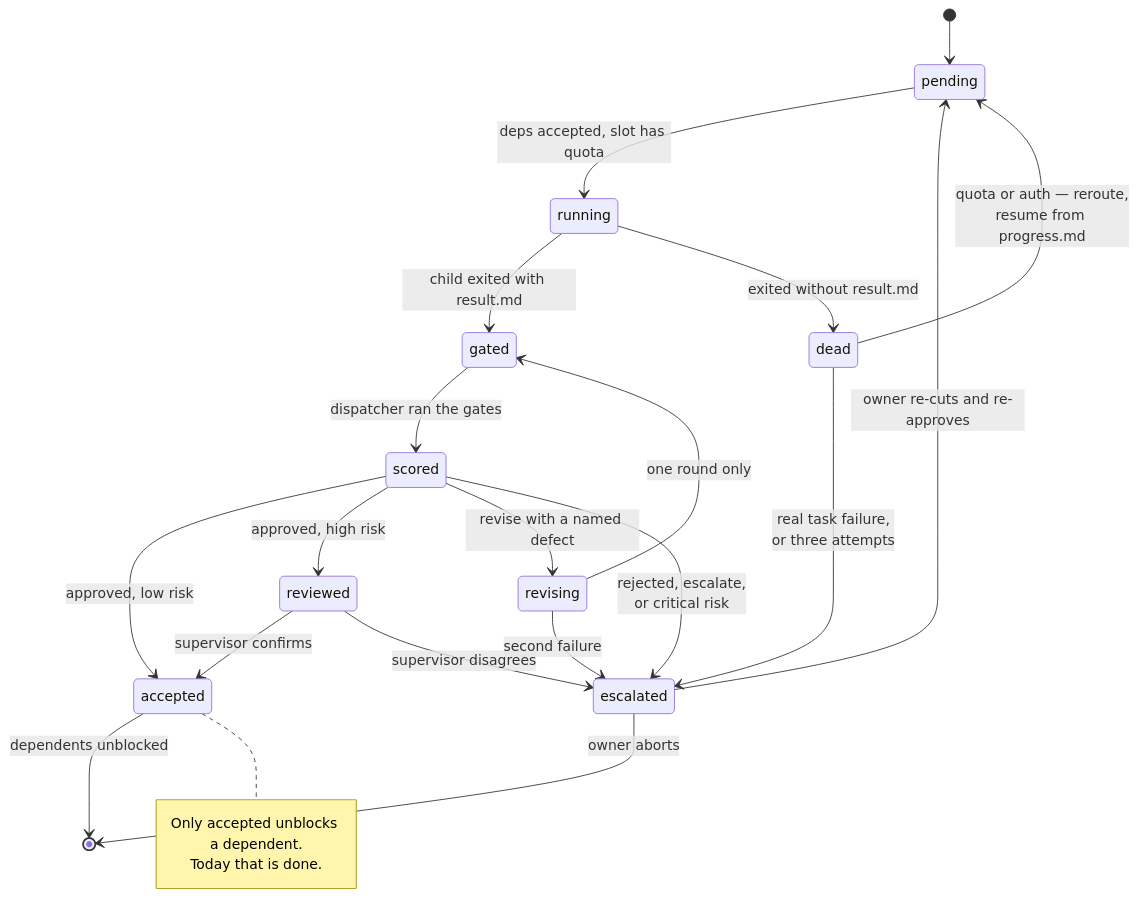
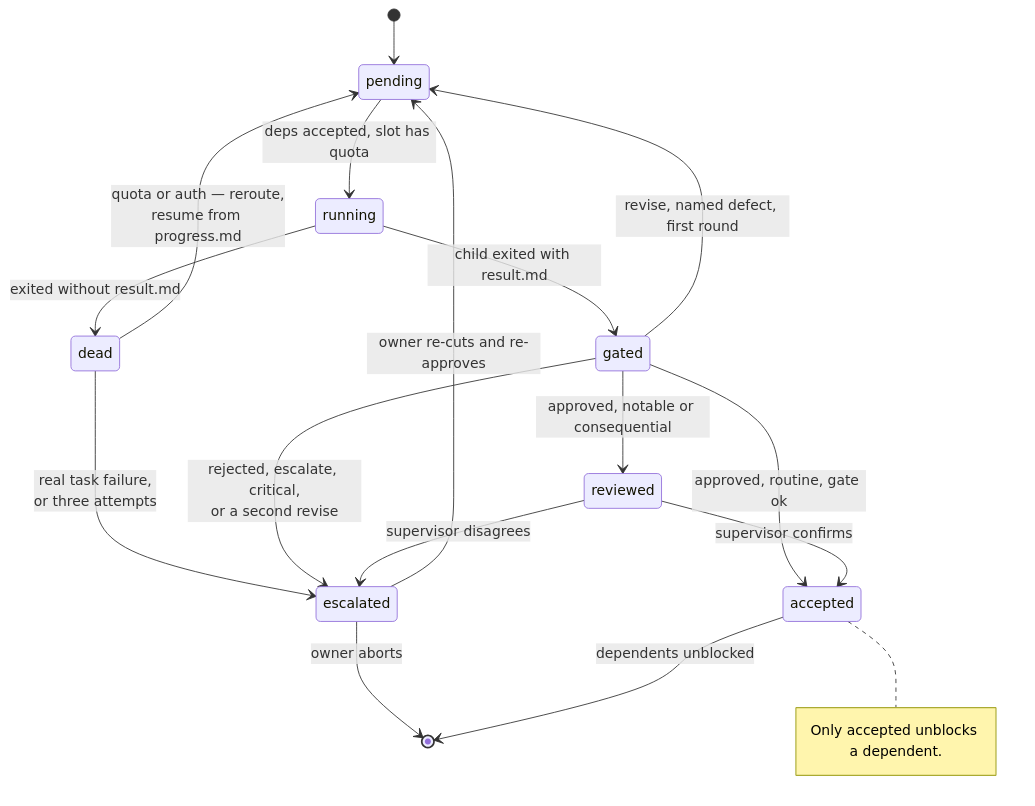
One commit to MathBorgess/skills-catalog changed the second of 2 diagrams in docs/handoff/mechanism.md. Above: the diagram before and after it, drawn with Mermaid. The commit also changed other lines of this file and 16 other files, not shown here.

````diff
--- a/docs/handoff/mechanism.md
+++ b/docs/handoff/mechanism.md
@@ -124,32 +125,27 @@
 ```mermaid
 stateDiagram-v2
     [*] --> pending
     pending --> running: deps accepted, slot has quota
     running --> gated: child exited with result.md
     running --> dead: exited without result.md
 
     dead --> pending: quota or auth — reroute,<br/>resume from progress.md
     dead --> escalated: real task failure,<br/>or three attempts
 
-    gated --> scored: dispatcher ran the gates
-    scored --> accepted: approved, low risk
-    scored --> reviewed: approved, high risk
-    scored --> revising: revise with a named defect
-    scored --> escalated: rejected, escalate,<br/>or critical risk
+    gated --> accepted: approved, routine, gate ok
+    gated --> reviewed: approved, notable or consequential
+    gated --> pending: revise, named defect, first round
+    gated --> escalated: rejected, escalate, critical,<br/>or a second revise
 
     reviewed --> accepted: supervisor confirms
     reviewed --> escalated: supervisor disagrees
-
-    revising --> gated: one round only
-    revising --> escalated: second failure
 
     escalated --> pending: owner re-cuts and re-approves
     escalated --> [*]: owner aborts
 
     accepted --> [*]: dependents unblocked
 
     note right of accepted
         Only accepted unblocks a dependent.
-        Today that is done.
     end note
 ```
````
